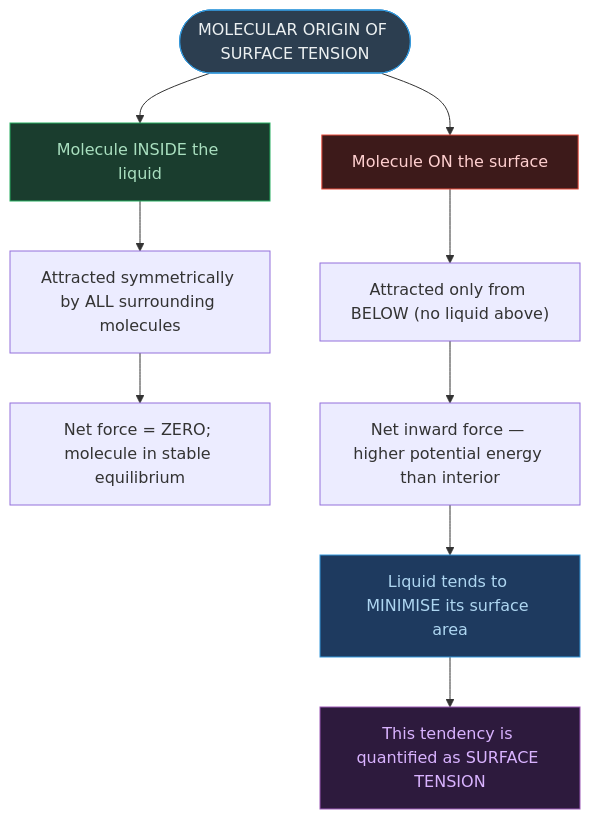
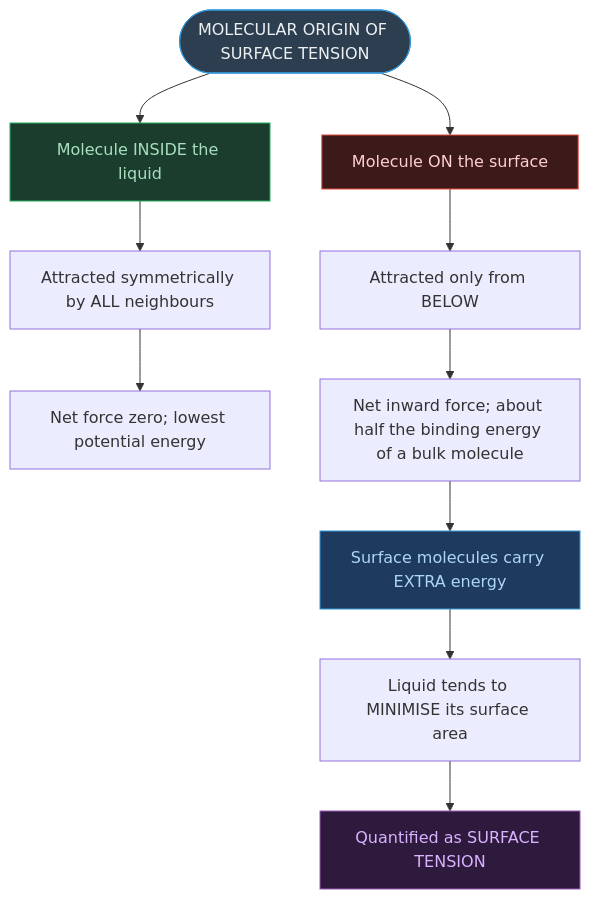
Before and after one commit to fsr-science/NCERT-Science: the second of 3 diagrams in AI-NOTES/PHYSICS/PHYSICS09-MECHANICAL_PROPERTIES_OF_FLUIDS/PHYSICS09-MECHANICAL_PROPERTIES_OF_FLUIDS-NOTES.md, drawn with Mermaid. The commit also changed other lines of this file and 71 other files, not shown here.

````diff
--- a/AI-NOTES/PHYSICS/PHYSICS09-MECHANICAL_PROPERTIES_OF_FLUIDS/PHYSICS09-MECHANICAL_PROPERTIES_OF_FLUIDS-NOTES.md
+++ b/AI-NOTES/PHYSICS/PHYSICS09-MECHANICAL_PROPERTIES_OF_FLUIDS/PHYSICS09-MECHANICAL_PROPERTIES_OF_FLUIDS-NOTES.md
@@ -349,17 +1150,18 @@
 ```mermaid
 flowchart TD
     ROOT(["MOLECULAR ORIGIN OF SURFACE TENSION"])
     ROOT --> IN["Molecule INSIDE the liquid"]
     ROOT --> SU["Molecule ON the surface"]
-    IN --> IN1["Attracted symmetrically by ALL surrounding molecules"]
-    IN1 --> IN2["Net force = ZERO; molecule in stable equilibrium"]
-    SU --> SU1["Attracted only from BELOW (no liquid above)"]
-    SU1 --> SU2["Net inward force — higher potential energy than interior"]
-    SU2 --> CON["Liquid tends to MINIMISE its surface area"]
-    CON --> ST["This tendency is quantified as SURFACE TENSION"]
+    IN --> IN1["Attracted symmetrically by ALL neighbours"]
+    IN1 --> IN2["Net force zero; lowest potential energy"]
+    SU --> SU1["Attracted only from BELOW"]
+    SU1 --> SU2["Net inward force; about half the binding energy of a bulk molecule"]
+    SU2 --> CON["Surface molecules carry EXTRA energy"]
+    CON --> MIN["Liquid tends to MINIMISE its surface area"]
+    MIN --> ST["Quantified as SURFACE TENSION"]
     style ROOT fill:#2c3e50,color:#ecf0f1,stroke:#3498db
     style IN fill:#1a3d2e,color:#a9dfbf,stroke:#27ae60
     style SU fill:#3d1a1a,color:#ffd0d0,stroke:#e74c3c
     style CON fill:#1e3a5f,color:#aed6f1,stroke:#3498db
     style ST fill:#2d1a3d,color:#d9b3ff,stroke:#9b59b6
 ```
````
